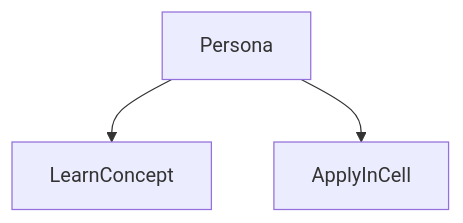
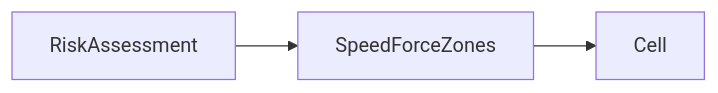
The diagram in docs/fanuc/collaborative/overview.md (girijashankarj/garry-tj-robo-journey), drawn with Mermaid before and after one commit. The commit also changed other lines of this file and 70 other files, not shown here.

````diff
--- a/docs/fanuc/collaborative/overview.md
+++ b/docs/fanuc/collaborative/overview.md
@@ -30,8 +22,7 @@
 ```mermaid
-flowchart TD
-  actor[Persona]
-  uc1[LearnConcept]
-  uc2[ApplyInCell]
-  actor --> uc1
-  actor --> uc2
+flowchart LR
+  risk[RiskAssessment]
+  limits[SpeedForceZones]
+  cell[Cell]
+  risk --> limits --> cell
 ```
````
